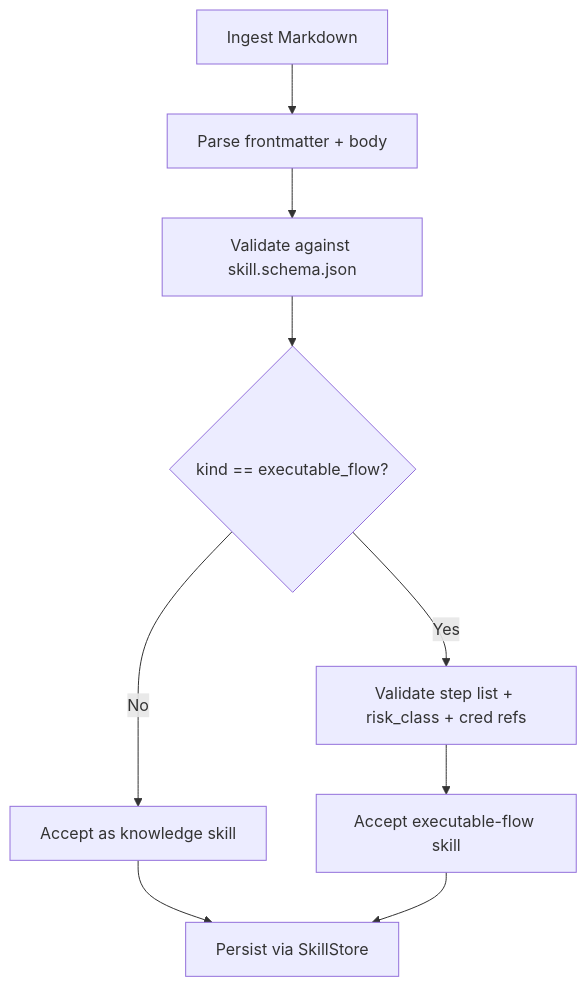
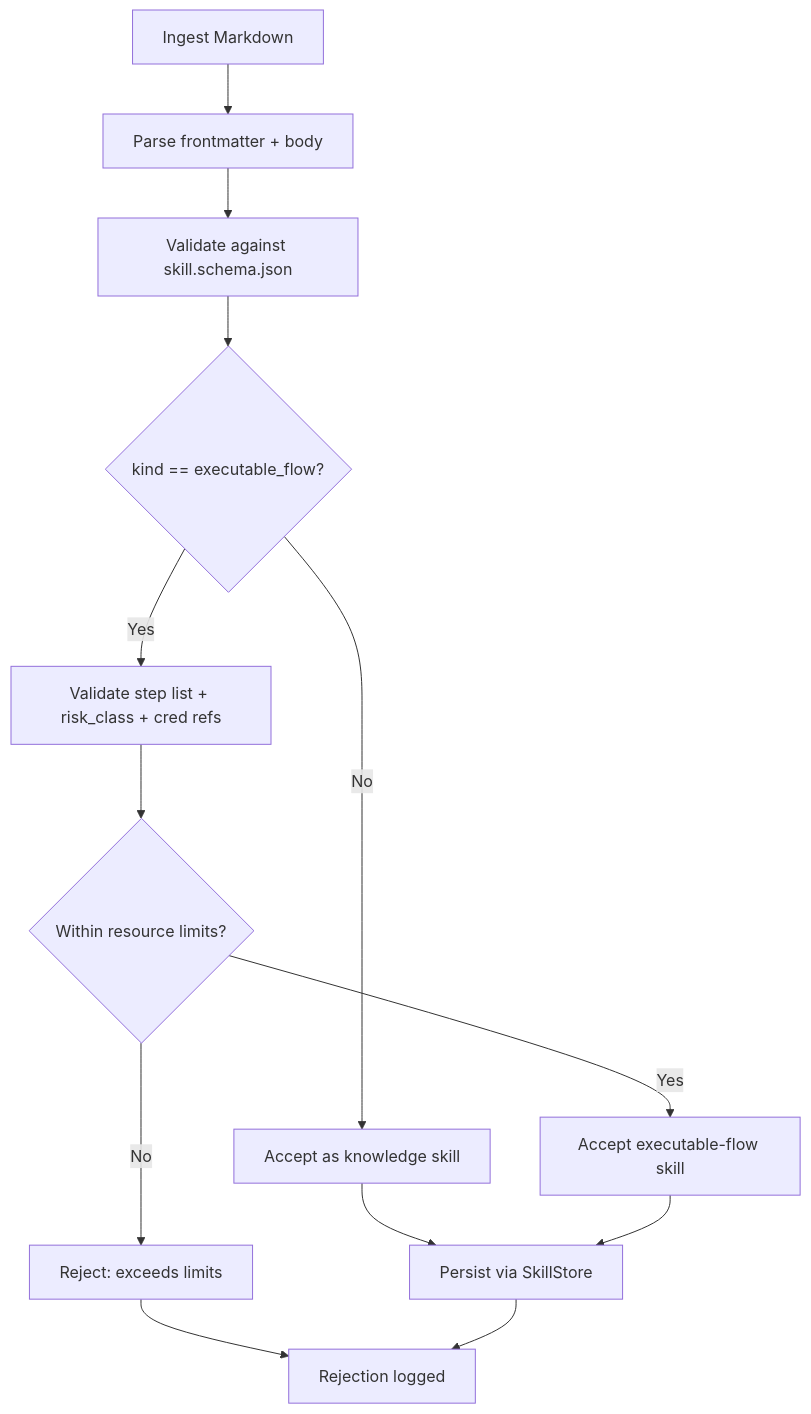
The fifth of 11 diagrams in .qoder/repowiki/en/content/Architecture Documentation/SPEC-055_ Develop-as-You-Go Skill Graduation.md (metasync/luban-aiops), drawn with Mermaid before and after one commit. The commit also changed other lines of this file and 48 other files, not shown here.

````diff
--- a/.qoder/repowiki/en/content/Architecture Documentation/SPEC-055_ Develop-as-You-Go Skill Graduation.md
+++ b/.qoder/repowiki/en/content/Architecture Documentation/SPEC-055_ Develop-as-You-Go Skill Graduation.md
@@ -231,11 +361,15 @@
 ```mermaid
 flowchart TD
 Ingest["Ingest Markdown"] --> Parse["Parse frontmatter + body"]
 Parse --> Validate["Validate against skill.schema.json"]
 Validate --> Kind{"kind == executable_flow?"}
 Kind --> |No| AcceptKG["Accept as knowledge skill"]
 Kind --> |Yes| ValidateSteps["Validate step list + risk_class + cred refs"]
-ValidateSteps --> AcceptEF["Accept executable-flow skill"]
+ValidateSteps --> ResourceLimits{"Within resource limits?"}
+ResourceLimits --> |No| Reject["Reject: exceeds limits"]
+ResourceLimits --> |Yes| AcceptEF["Accept executable-flow skill"]
 AcceptKG --> Store["Persist via SkillStore"]
 AcceptEF --> Store
+Reject --> End["Rejection logged"]
+Store --> End
 ```
````
